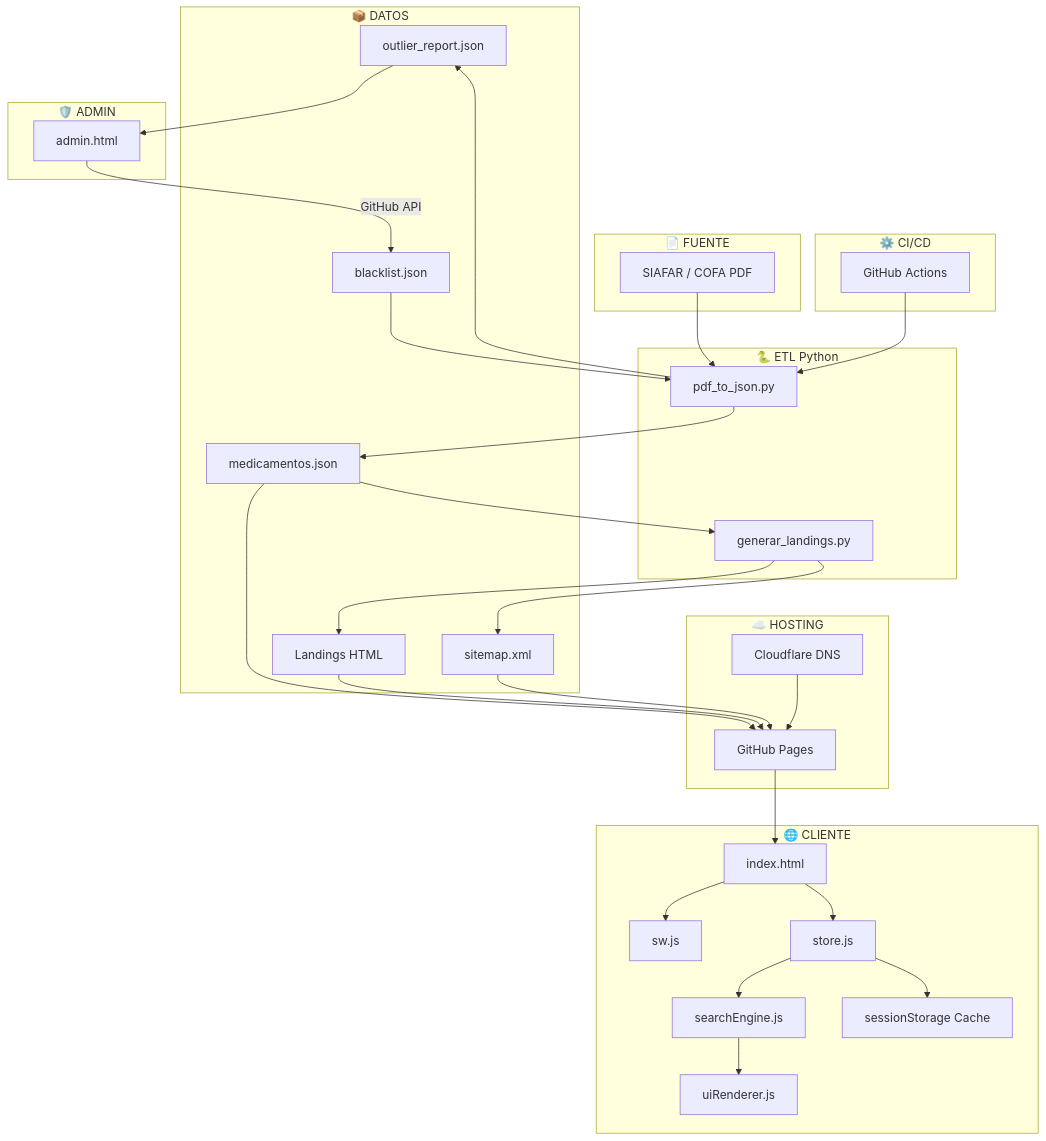
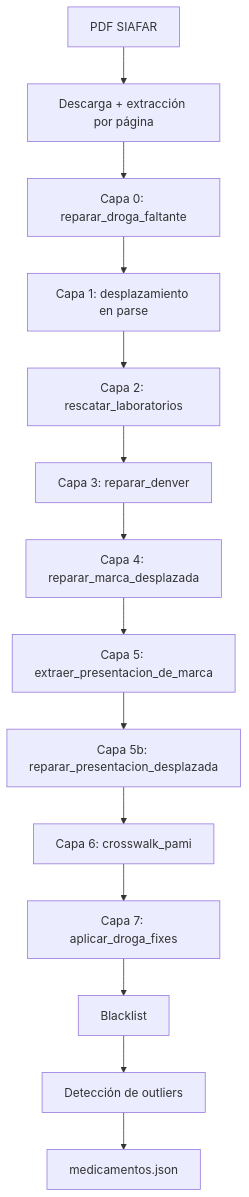
The fourth of 5 diagrams in README.md (psbella/remediar), drawn with Mermaid before and after one commit. The commit also changed other lines of this file, not shown here.

````diff
--- a/README.md
+++ b/README.md
@@ -806,59 +887,32 @@
 ```mermaid
 flowchart TD
 
-    subgraph CLIENT["🌐 CLIENTE"]
-        A[index.html]
-        SW[sw.js]
-        B[store.js]
-        C[searchEngine.js]
-        D[uiRenderer.js]
-        E[sessionStorage Cache]
-    end
+    A[PDF SIAFAR]
+    B[Descarga + extracción por página]
+    C0[Capa 0: reparar_droga_faltante]
+    C1[Capa 1: desplazamiento en parse]
+    C2[Capa 2: rescatar_laboratorios]
+    C3[Capa 3: reparar_denver]
+    C4[Capa 4: reparar_marca_desplazada]
+    C5[Capa 5: extraer_presentacion_de_marca]
+    C5B[Capa 5b: reparar_presentacion_desplazada]
+    C6[Capa 6: crosswalk_pami]
+    C7[Capa 7: aplicar_droga_fixes]
+    BL[Blacklist]
+    OUT[Detección de outliers]
+    JSON[medicamentos.json]
 
-    subgraph HOSTING["☁️ HOSTING"]
-        F[GitHub Pages]
-        CF[Cloudflare DNS]
-    end
-
-    subgraph DATA["📦 DATOS"]
-        H[medicamentos.json]
-        HR[outlier_report.json]
-        HB[blacklist.json]
-        I[Landings HTML]
-        J[sitemap.xml]
-    end
-
-    subgraph ETL["🐍 ETL Python"]
-        K[pdf_to_json.py]
-        L[generar_landings.py]
-    end
-
-    subgraph ADMIN["🛡️ ADMIN"]
-        ADM[admin.html]
-    end
-
-    subgraph SOURCE["📄 FUENTE"]
-        O[SIAFAR / COFA PDF]
-    end
-
-    subgraph CI["⚙️ CI/CD"]
-        P[GitHub Actions]
-    end
-
-    O --> K
-    HB --> K
-    K --> H & HR
-    H --> L --> I & J
-
-    H & I & J --> F
-    CF --> F
-    F --> A
-    A --> SW
-    A --> B --> C --> D
-    B --> E
-
-    HR --> ADM
-    ADM -->|GitHub API| HB
-
-    P --> K
+    A --> B
+    B --> C0
+    C0 --> C1
+    C1 --> C2
+    C2 --> C3
+    C3 --> C4
+    C4 --> C5
+    C5 --> C5B
+    C5B --> C6
+    C6 --> C7
+    C7 --> BL
+    BL --> OUT
+    OUT --> JSON
 ```
````
